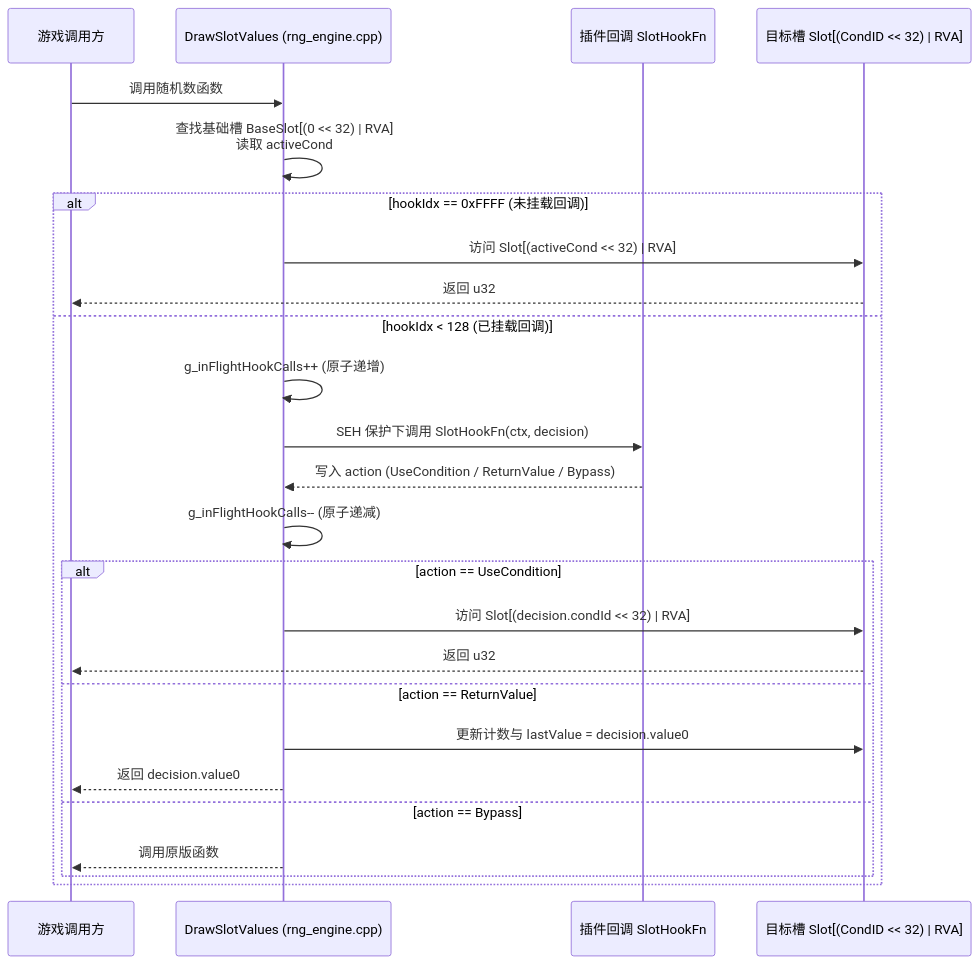
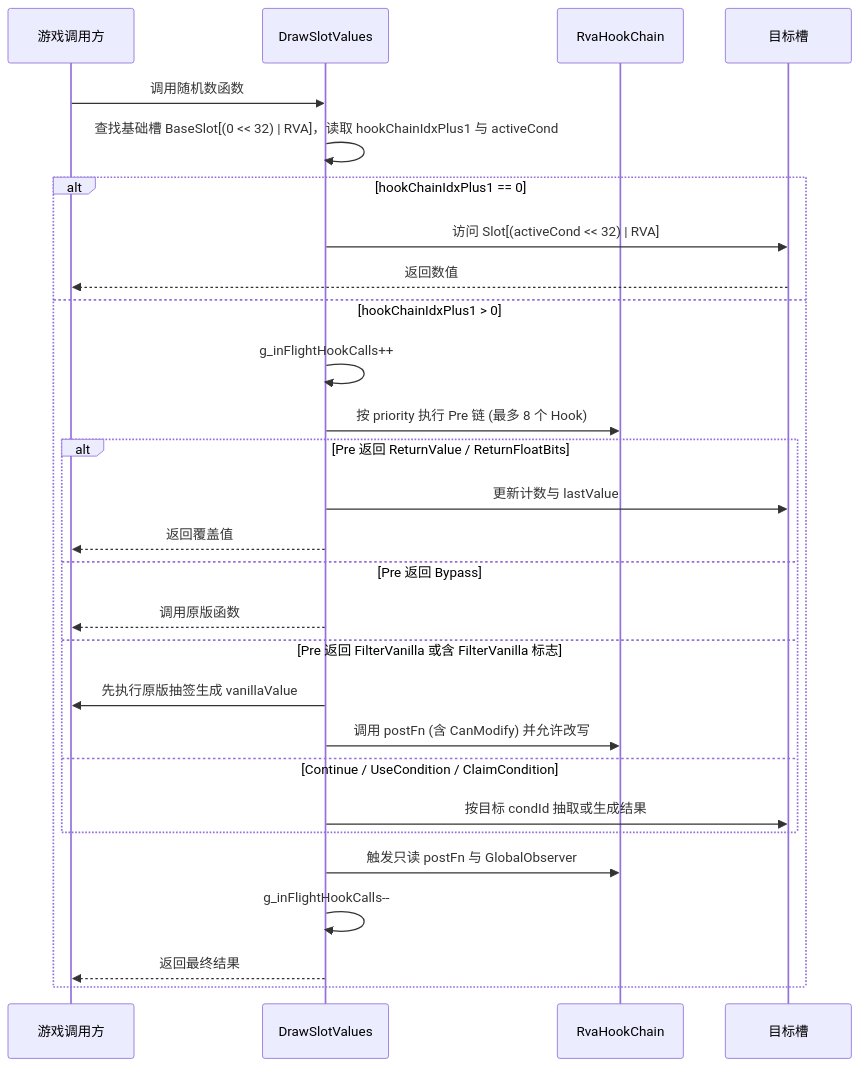
Before and after one commit to Miraboreasyu/mhw-rng: the second of 2 diagrams in docs/ARCHITECTURE.md, drawn with Mermaid. The commit also changed other lines of this file and 3 other files, not shown here.

````diff
--- a/docs/ARCHITECTURE.md
+++ b/docs/ARCHITECTURE.md
@@ -128,28 +132,31 @@
 ```mermaid
 sequenceDiagram
     participant Game as 游戏调用方
-    participant Kernel as DrawSlotValues (rng_engine.cpp)
-    participant Plugin as 插件回调 SlotHookFn
-    participant Slot as 目标槽 Slot[(CondID << 32) | RVA]
+    participant Kernel as DrawSlotValues
+    participant Chain as RvaHookChain
+    participant Slot as 目标槽
 
     Game->>Kernel: 调用随机数函数
-    Kernel->>Kernel: 查找基础槽 BaseSlot[(0 << 32) | RVA]<br/>读取 activeCond
-    alt hookIdx == 0xFFFF (未挂载回调)
+    Kernel->>Kernel: 查找基础槽 BaseSlot[(0 << 32) | RVA]，读取 hookChainIdxPlus1 与 activeCond
+    alt hookChainIdxPlus1 == 0
         Kernel->>Slot: 访问 Slot[(activeCond << 32) | RVA]
-        Slot-->>Game: 返回 u32
-    else hookIdx < 128 (已挂载回调)
-        Kernel->>Kernel: g_inFlightHookCalls++ (原子递增)
-        Kernel->>Plugin: SEH 保护下调用 SlotHookFn(ctx, decision)
-        Plugin-->>Kernel: 写入 action (UseCondition / ReturnValue / Bypass)
-        Kernel->>Kernel: g_inFlightHookCalls-- (原子递减)
-        alt action == UseCondition
-            Kernel->>Slot: 访问 Slot[(decision.condId << 32) | RVA]
-            Slot-->>Game: 返回 u32
-        else action == ReturnValue
-            Kernel->>Slot: 更新计数与 lastValue = decision.value0
-            Kernel-->>Game: 返回 decision.value0
-        else action == Bypass
+        Slot-->>Game: 返回数值
+    else hookChainIdxPlus1 > 0
+        Kernel->>Kernel: g_inFlightHookCalls++
+        Kernel->>Chain: 按 priority 执行 Pre 链 (最多 8 个 Hook)
+        alt Pre 返回 ReturnValue / ReturnFloatBits
+            Kernel->>Slot: 更新计数与 lastValue
+            Kernel-->>Game: 返回覆盖值
+        else Pre 返回 Bypass
             Kernel-->>Game: 调用原版函数
+        else Pre 返回 FilterVanilla 或含 FilterVanilla 标志
+            Kernel->>Game: 先执行原版抽签生成 vanillaValue
+            Kernel->>Chain: 调用 postFn (含 CanModify) 并允许改写
+        else Continue / UseCondition / ClaimCondition
+            Kernel->>Slot: 按目标 condId 抽取或生成结果
         end
+        Kernel->>Chain: 触发只读 postFn 与 GlobalObserver
+        Kernel->>Kernel: g_inFlightHookCalls--
+        Kernel-->>Game: 返回最终结果
     end
 ```
````
